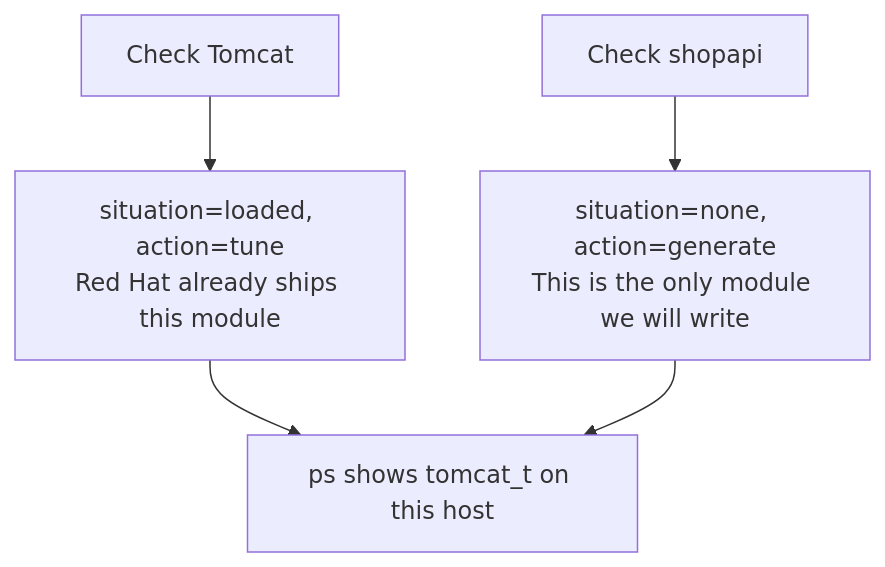
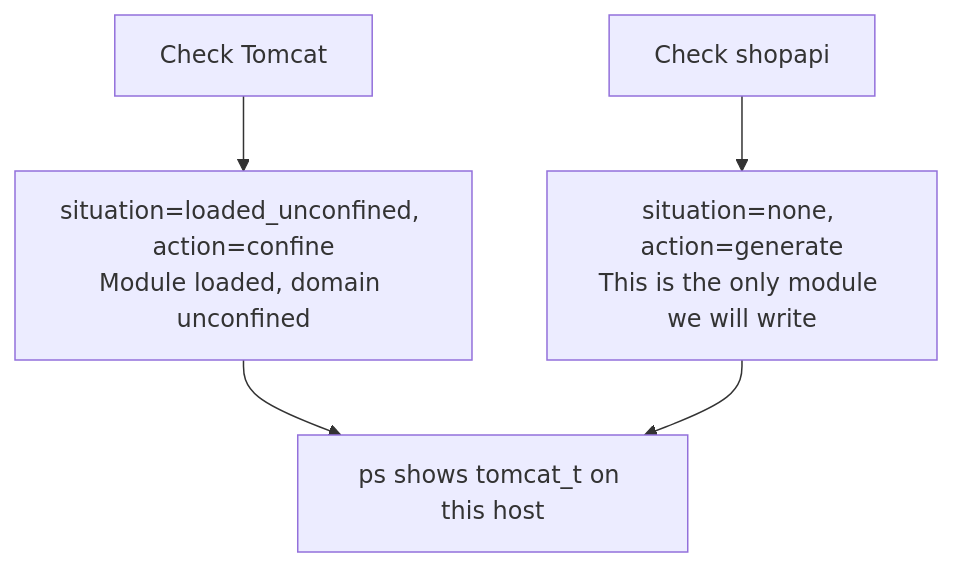
One commit to anurag-saran/selinux-pac changed the second of 5 diagrams in docs/demo/202-DEMO_GUIDE.md. Above: the diagram before and after it, drawn with Mermaid. The commit also changed other lines of this file and 12 other files, not shown here.

First line of the commit message:
Show distro Tomcat as loaded but unconfined, and stop guessing a connect boolean.

````diff
--- a/docs/demo/202-DEMO_GUIDE.md
+++ b/docs/demo/202-DEMO_GUIDE.md
@@ -126,7 +127,7 @@
 ```mermaid
 flowchart TD
-  tomcat["Check Tomcat"] --> loaded["situation=loaded, action=tune<br/>Red Hat already ships this module"]
+  tomcat["Check Tomcat"] --> loaded["situation=loaded_unconfined, action=confine<br/>Module loaded, domain unconfined"]
   shop["Check shopapi"] --> none["situation=none, action=generate<br/>This is the only module we will write"]
   loaded --> ps["ps shows tomcat_t on this host"]
   none --> ps
 ```
````
